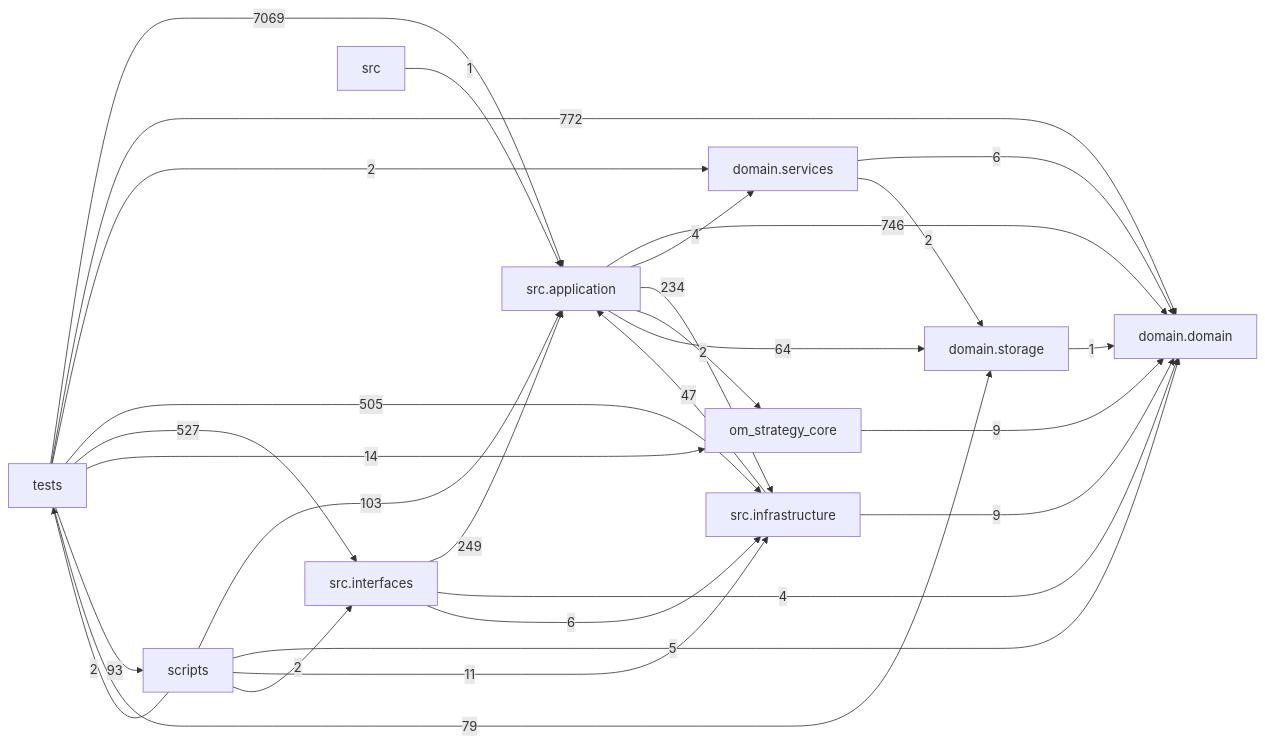
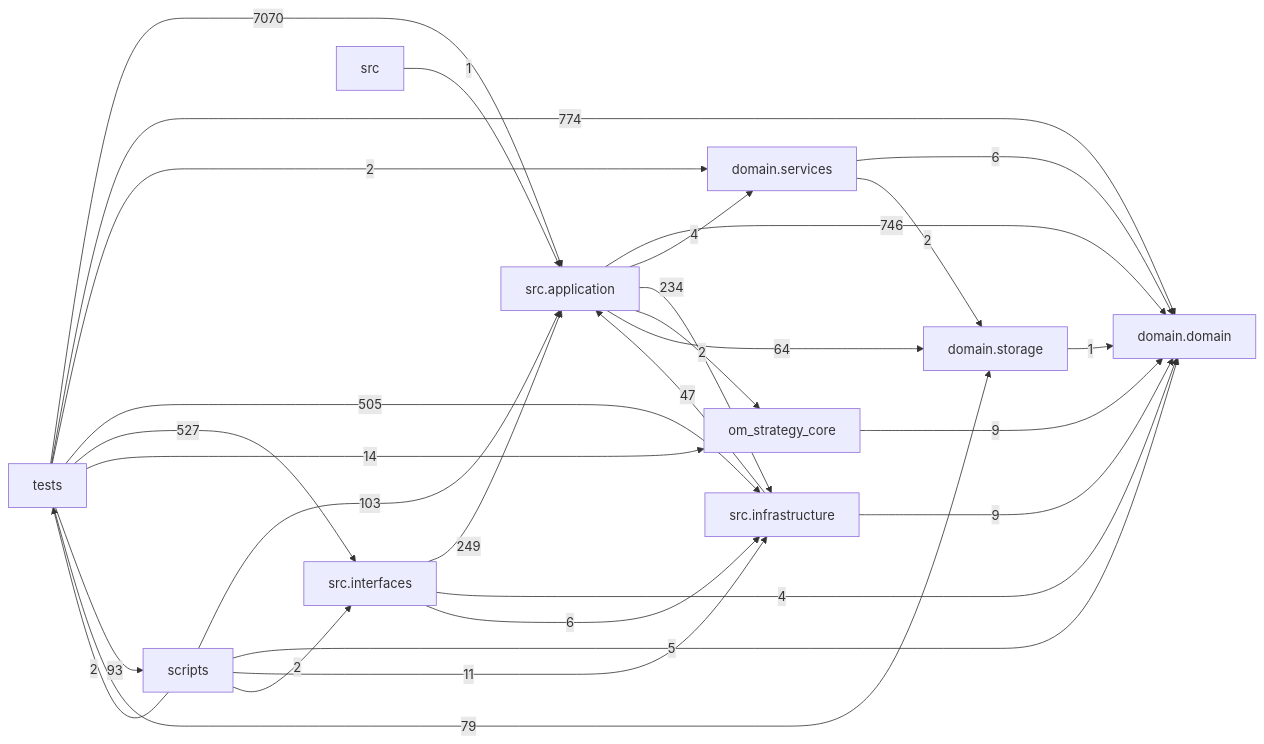
One commit to liuxie066/options-monitor changed the diagram in docs/DEPENDENCY_GRAPH.md. Above: the diagram before and after it, drawn with Mermaid. The commit also changed other lines of this file and 5 other files, not shown here.

````diff
--- a/docs/DEPENDENCY_GRAPH.md
+++ b/docs/DEPENDENCY_GRAPH.md
@@ -24,39 +24,39 @@
 ```mermaid
 flowchart LR
   tests["tests"]
   scripts["scripts"]
   interfaces["src.interfaces"]
   application["src.application"]
   infrastructure["src.infrastructure"]
   domain_services["domain.services"]
   domain["domain.domain"]
   storage["domain.storage"]
   application -->|746| domain
   application -->|4| domain_services
   application -->|234| infrastructure
   application -->|2| om_strategy_core
   application -->|64| storage
   domain_services -->|6| domain
   domain_services -->|2| storage
   infrastructure -->|47| application
   infrastructure -->|9| domain
   interfaces -->|249| application
   interfaces -->|4| domain
   interfaces -->|6| infrastructure
   om_strategy_core -->|9| domain
   scripts -->|103| application
   scripts -->|5| domain
   scripts -->|11| infrastructure
   scripts -->|2| interfaces
   scripts -->|2| tests
   src -->|1| application
   storage -->|1| domain
-  tests -->|7069| application
-  tests -->|772| domain
+  tests -->|7070| application
+  tests -->|774| domain
   tests -->|2| domain_services
   tests -->|505| infrastructure
   tests -->|527| interfaces
   tests -->|14| om_strategy_core
   tests -->|93| scripts
   tests -->|79| storage
 ```
````
